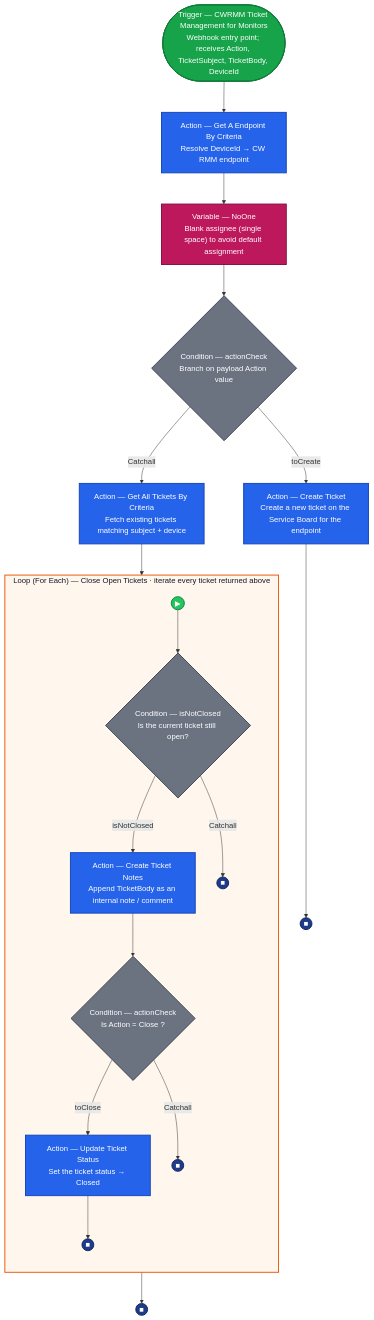
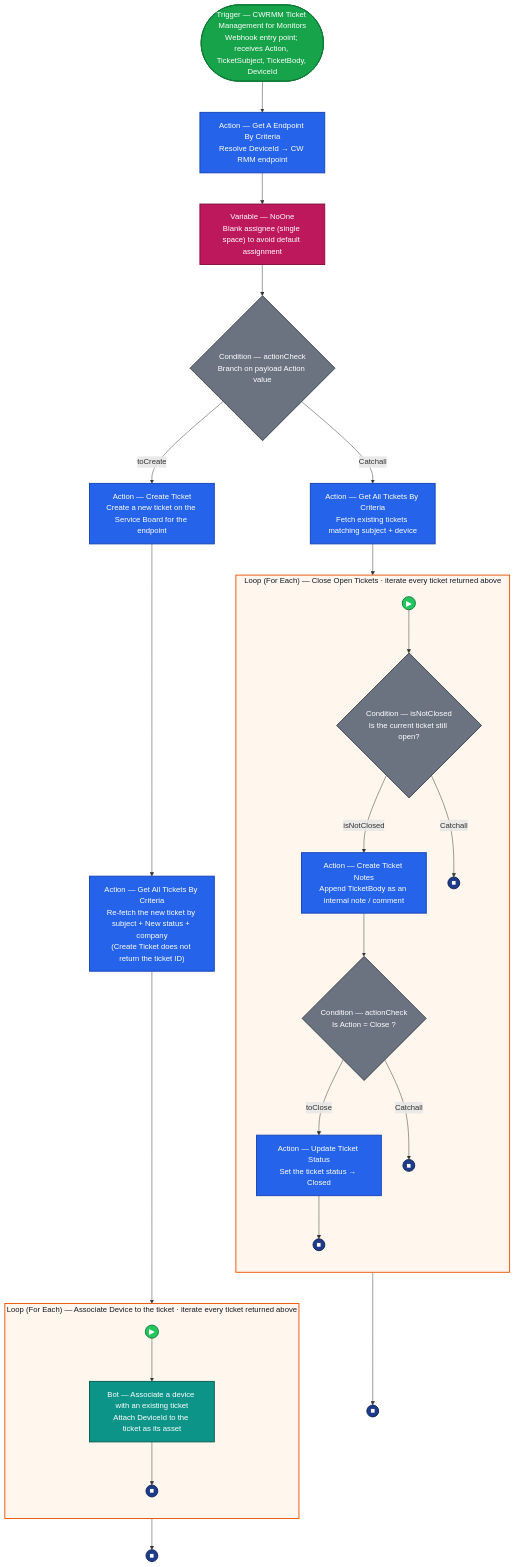
One commit to ProVal-Tech/proval-docs changed the diagram in docs/cwrmm/workflows/cw-rmm-ticket-management-for-monitors.md. Above: the diagram before and after it, drawn with Mermaid. The commit also changed other lines of this file and 23 other files, not shown here.

````diff
--- a/docs/cwrmm/workflows/cw-rmm-ticket-management-for-monitors.md
+++ b/docs/cwrmm/workflows/cw-rmm-ticket-management-for-monitors.md
@@ -95,15 +103,30 @@
 
     %% ---------- BRANCH: CREATE ----------
     CREATE["Action — Create Ticket<br/>Create a new ticket on the Service Board for the endpoint"]
-    STOP1((■))
+    GETNEW["Action — Get All Tickets By Criteria<br/>Re-fetch the new ticket by subject + New status + company<br/>(Create Ticket does not return the ticket ID)"]
+
     CHK1 -- toCreate --> CREATE
-    CREATE --> STOP1
+    CREATE --> GETNEW
+
+    %% ---------- LOOP CONTAINER: ASSOCIATE DEVICE ----------
+    subgraph LOOPA ["Loop (For Each) — Associate Device to the ticket  ·  iterate every ticket returned above"]
+        direction TD
+        LSA((▶))
+        BOT["Bot — Associate a device with an existing ticket<br/>Attach DeviceId to the ticket as its asset"]
+        STOPA1((■))
+
+        LSA --> BOT
+        BOT --> STOPA1
+    end
+
+    GETNEW --> LSA
+    LOOPA --> STOPA2((■))
 
     %% ---------- BRANCH: CLOSE / COMMENT ----------
     GET["Action — Get All Tickets By Criteria<br/>Fetch existing tickets matching subject + device"]
     CHK1 -- Catchall --> GET
 
-    %% ---------- LOOP CONTAINER ----------
+    %% ---------- LOOP CONTAINER: CLOSE OPEN TICKETS ----------
     subgraph LOOP ["Loop (For Each) — Close Open Tickets  ·  iterate every ticket returned above"]
         direction TD
         LS((▶))
@@ -130,17 +153,20 @@
     %% ---------- STYLING ----------
     classDef trigger   fill:#16a34a,stroke:#0f7a37,color:#ffffff,stroke-width:2px;
     classDef action    fill:#2563eb,stroke:#1746b8,color:#ffffff,stroke-width:2px;
+    classDef bot       fill:#0d9488,stroke:#075e55,color:#ffffff,stroke-width:2px;
     classDef variable  fill:#be185d,stroke:#83103f,color:#ffffff,stroke-width:2px;
     classDef condition fill:#6b7280,stroke:#3f4654,color:#ffffff,stroke-width:2px;
     classDef startev   fill:#22c55e,stroke:#15803d,color:#ffffff,stroke-width:2px;
     classDef stop      fill:#1e3a8a,stroke:#13265c,color:#ffffff,stroke-width:2px;
 
     class T trigger;
-    class EP,CREATE,GET,NOTE,UPDATE action;
+    class EP,CREATE,GETNEW,GET,NOTE,UPDATE action;
+    class BOT bot;
     class VAR variable;
     class CHK1,CHK2,CHK3 condition;
-    class LS startev;
-    class STOP1,STOP2,STOP3,STOP4,STOPF stop;
+    class LS,LSA startev;
+    class STOPA1,STOPA2,STOP2,STOP3,STOP4,STOPF stop;
 
     style LOOP fill:#fff7ed,stroke:#ea580c,stroke-width:2px,color:#111827;
+    style LOOPA fill:#fff7ed,stroke:#ea580c,stroke-width:2px,color:#111827;
 ```
````
